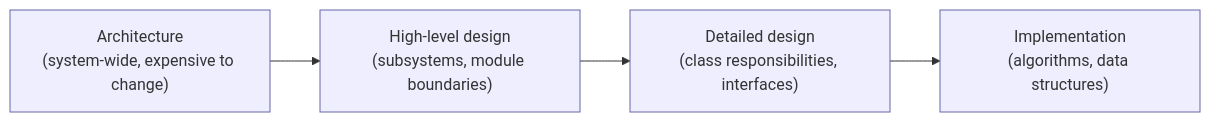
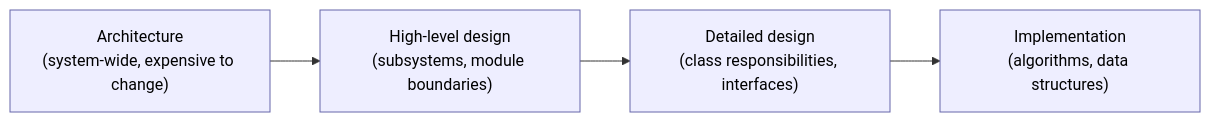
The first of 5 diagrams in chapters/06-design-and-architecture/README.md (vrthra/open-swe-book), drawn with Mermaid before and after one commit. The commit also changed other lines of this file and 9 other files, not shown here.

Commit message:
Fix for typos and diagrams in dark mode

````diff
--- a/chapters/06-design-and-architecture/README.md
+++ b/chapters/06-design-and-architecture/README.md
@@ -63,8 +63,8 @@
 ```mermaid
 flowchart LR
     A["Architecture<br/>(system-wide, expensive to change)"] --> B["High-level design<br/>(subsystems, module boundaries)"]
     B --> C["Detailed design<br/>(class responsibilities, interfaces)"]
     C --> D["Implementation<br/>(algorithms, data structures)"]
-    classDef s fill:#eef,stroke:#66a;
+    classDef s fill:#eef,stroke:#66a,color:#000;
     class A,B,C,D s;
 ```
````
